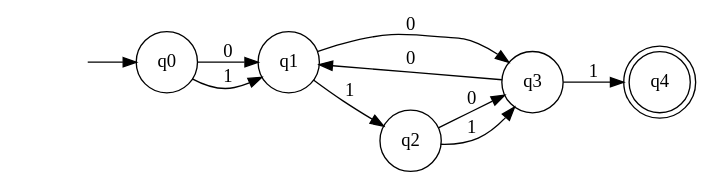
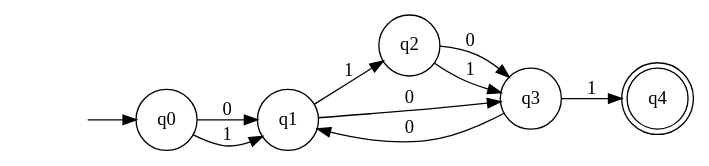
The diagram in Juego Completo.gv (CRincon115/AutomatasFinal), drawn with Graphviz before and after one commit. The commit also changed other lines of this file and 7 other files, not shown here.

```diff
--- a/Juego Completo.gv
+++ b/Juego Completo.gv
@@ -1,18 +1,18 @@
 digraph "Juego Completo" {
 	graph [rankdir=LR]
 	"" [label="" shape=plaintext]
 	q4 [label=q4 shape=doublecircle]
+	q2 [label=q2 shape=circle]
 	q0 [label=q0 shape=circle]
+	q1 [label=q1 shape=circle]
 	q3 [label=q3 shape=circle]
-	q1 [label=q1 shape=circle]
-	q2 [label=q2 shape=circle]
 	"" -> q0 [label=""]
 	q0 -> q1 [label=0]
 	q0 -> q1 [label=1]
 	q1 -> q3 [label=0]
 	q1 -> q2 [label=1]
 	q2 -> q3 [label=0]
 	q2 -> q3 [label=1]
 	q3 -> q1 [label=0]
 	q3 -> q4 [label=1]
 }
```
